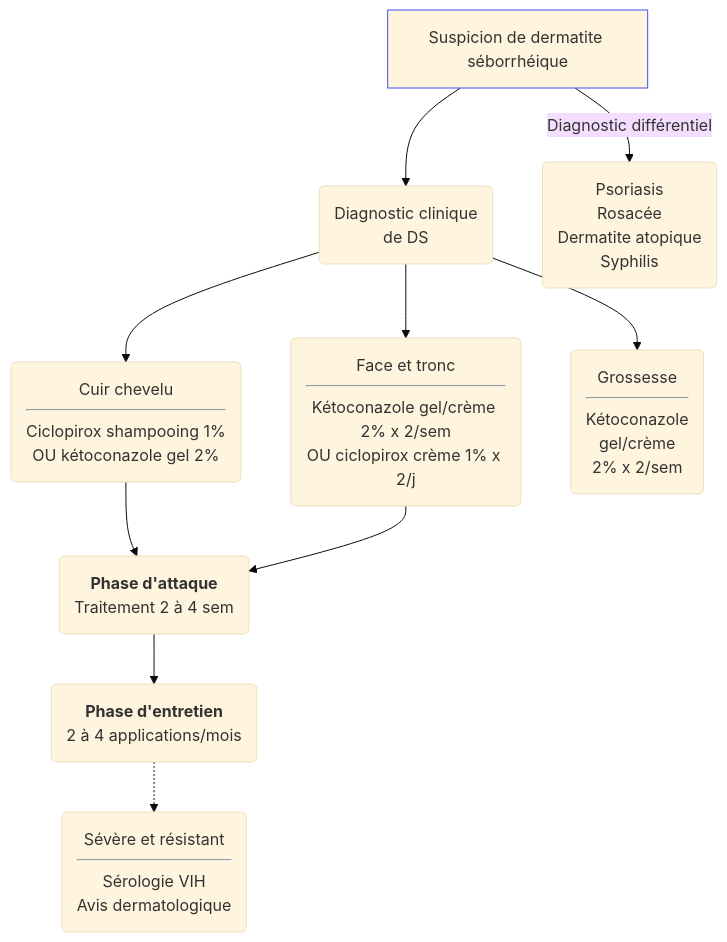
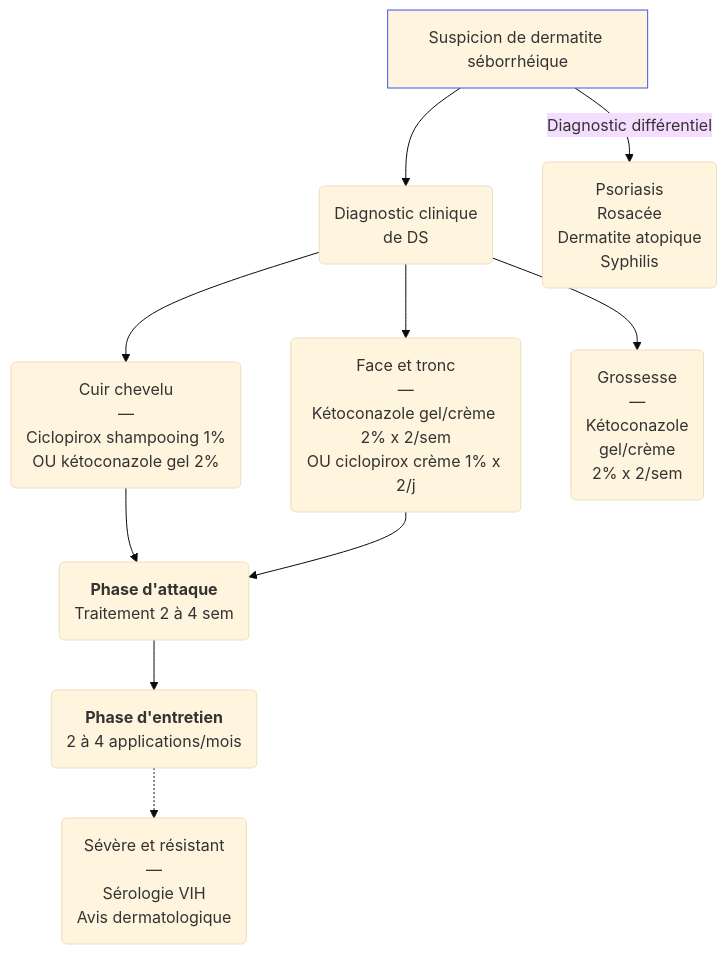
The diagram in content/recommandations/dermatite-seborrheique.md (djibe/recommandations-medicales), drawn with Mermaid (base theme) before and after one commit. The commit also changed 51 other files, not shown here.

```diff
--- a/content/recommandations/dermatite-seborrheique.md
+++ b/content/recommandations/dermatite-seborrheique.md
@@ -161,14 +161,14 @@
 {{< mermaid title="Prise en charge de la dermatite séborrhéique. Dr JB Fron d'après CEDEF 2017 et CMIT" >}}
 graph TB
 accTitle: Prise en charge de la dermatite séborrhéique d'après CEDEF 2017 et CMIT
   suspicion[Suspicion de dermatite séborrhéique] --> diagnostic(Diagnostic clinique<br>de DS)
   style suspicion stroke:#4150f5, stroke-width:1px
   suspicion -- Diagnostic différentiel --> differentiel(Psoriasis<br>Rosacée<br>Dermatite atopique<br>Syphilis)
-  diagnostic --> scalp(Cuir chevelu<hr>Ciclopirox shampooing 1%<br>OU kétoconazole gel 2%)
-  diagnostic --> face(Face et tronc<hr>Kétoconazole gel/crème 2% x 2/sem<br>OU ciclopirox crème 1% x 2/j)
-  diagnostic --> grossesse(Grossesse<hr>Kétoconazole<br>gel/crème<br>2% x 2/sem)
+  diagnostic --> scalp(Cuir chevelu<br>—<br>Ciclopirox shampooing 1%<br>OU kétoconazole gel 2%)
+  diagnostic --> face(Face et tronc<br>—<br>Kétoconazole gel/crème 2% x 2/sem<br>OU ciclopirox crème 1% x 2/j)
+  diagnostic --> grossesse(Grossesse<br>—<br>Kétoconazole<br>gel/crème<br>2% x 2/sem)
     scalp --> attaque(<b>Phase d'attaque</b><br>Traitement 2 à 4 sem)
     face --> attaque
       attaque --> entretien(<b>Phase d'entretien</b><br>2 à 4 applications/mois)
-        entretien -.-> severe(Sévère et résistant<hr>Sérologie VIH<br>Avis dermatologique)
+        entretien -.-> severe(Sévère et résistant<br>—<br>Sérologie VIH<br>Avis dermatologique)
 {{< /mermaid >}}
```
